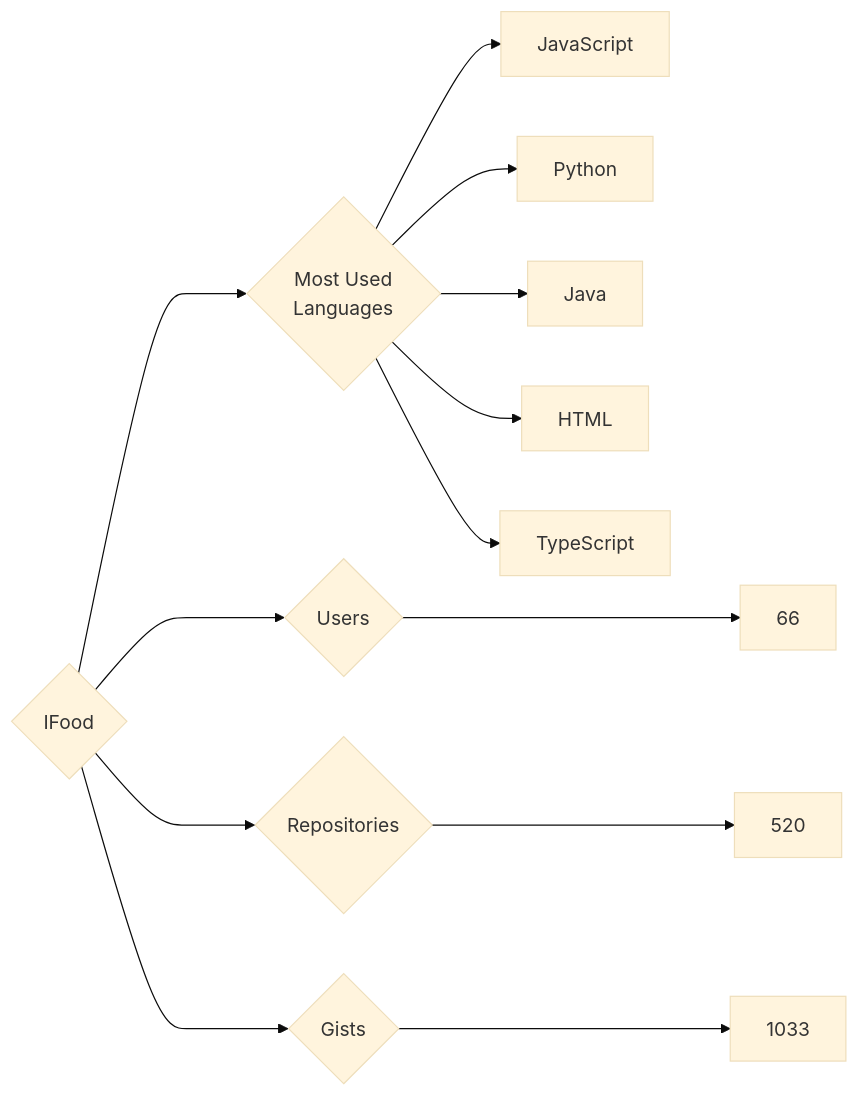
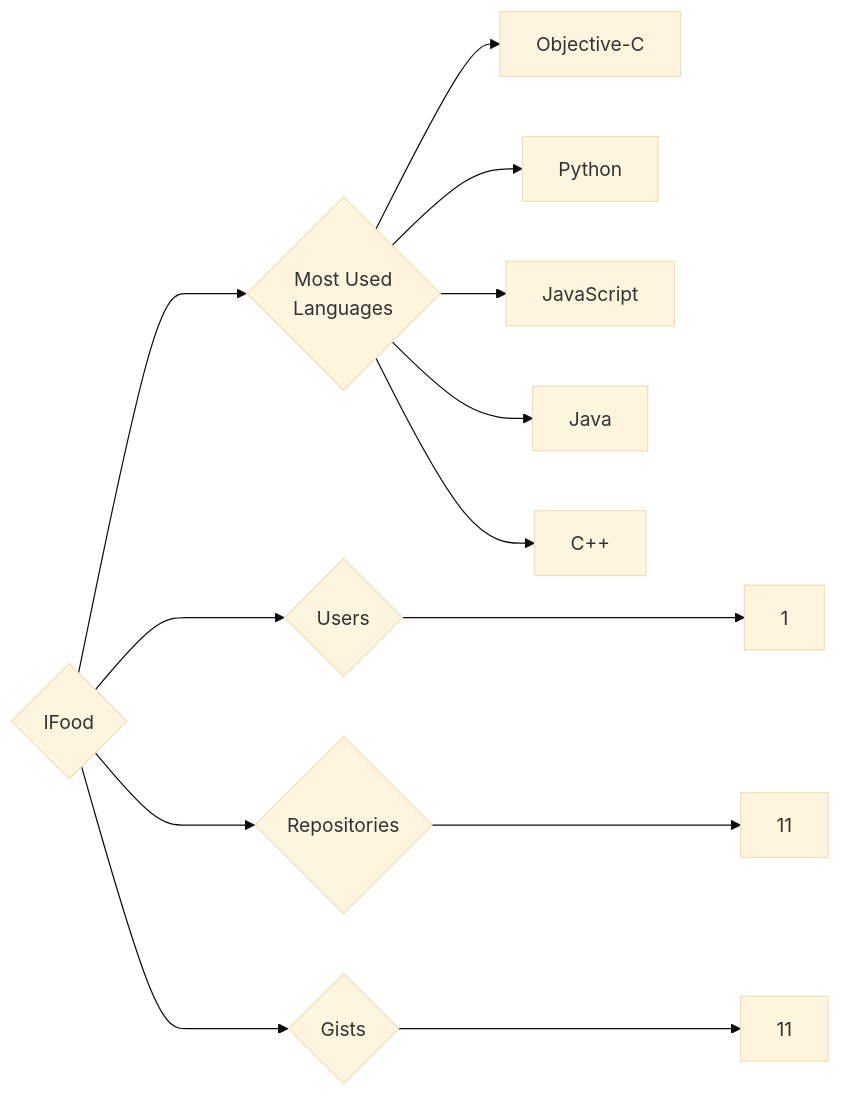
Before and after one commit to trickest/insiders: the diagram in targets/IFood/README.md, drawn with Mermaid (base theme). The commit also changed 622 other files, not shown here.

````diff
--- a/targets/IFood/README.md
+++ b/targets/IFood/README.md
@@ -3,13 +3,13 @@
 ```mermaid
 graph LR
 COMPANY_NAME{IFood}
-COMPANY_NAME ---> U{Users} ---> UN[66]
-COMPANY_NAME ---> R{Repositories} ---> RN[520]
-COMPANY_NAME ---> G{Gists} ---> GN[1033]
+COMPANY_NAME ---> U{Users} ---> UN[1]
+COMPANY_NAME ---> R{Repositories} ---> RN[11]
+COMPANY_NAME ---> G{Gists} ---> GN[11]
 COMPANY_NAME ---> ML{Most Used<br>Languages}
+ML --> Objective-C[Objective-C]
+ML --> Python[Python]
 ML --> JavaScript[JavaScript]
-ML --> Python[Python]
 ML --> Java[Java]
-ML --> HTML[HTML]
-ML --> TypeScript[TypeScript]
+ML --> C++[C++]
 ```
````
